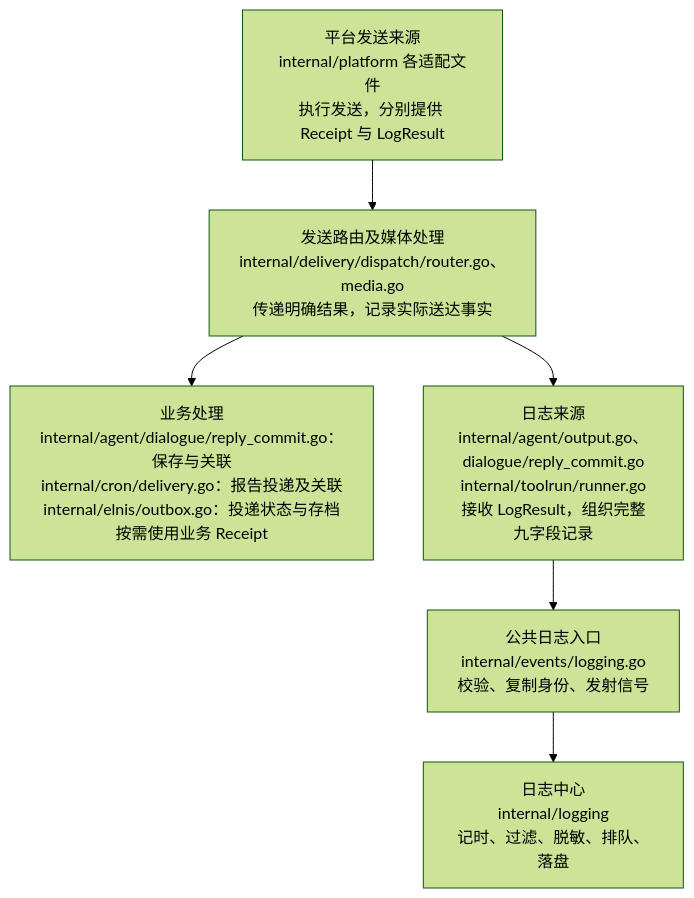
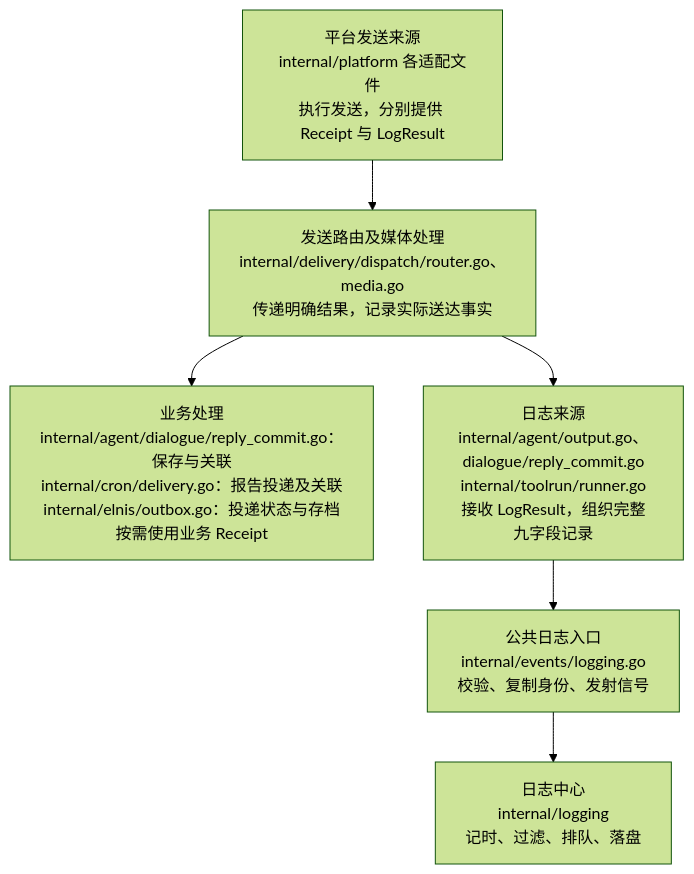
One commit to Elflare/elbot changed the fourth of 6 diagrams in devdocs/architecture.md. Above: the diagram before and after it, drawn with Mermaid (forest theme). The commit also changed other lines of this file and 20 other files, not shown here.

````diff
--- a/devdocs/architecture.md
+++ b/devdocs/architecture.md
@@ -345,8 +345,8 @@
 ```mermaid
 flowchart TD
     A["平台发送来源<br/>internal/platform 各适配文件<br/>执行发送，分别提供 Receipt 与 LogResult"] --> B["发送路由及媒体处理<br/>internal/delivery/dispatch/router.go、media.go<br/>传递明确结果，记录实际送达事实"]
     B --> C["业务处理<br/>internal/agent/dialogue/reply_commit.go：保存与关联<br/>internal/cron/delivery.go：报告投递及关联<br/>internal/elnis/outbox.go：投递状态与存档<br/>按需使用业务 Receipt"]
     B --> D["日志来源<br/>internal/agent/output.go、dialogue/reply_commit.go<br/>internal/toolrun/runner.go<br/>接收 LogResult，组织完整九字段记录"]
     D --> E["公共日志入口<br/>internal/events/logging.go<br/>校验、复制身份、发射信号"]
-    E --> F["日志中心<br/>internal/logging<br/>记时、过滤、脱敏、排队、落盘"]
+    E --> F["日志中心<br/>internal/logging<br/>记时、过滤、排队、落盘"]
 ```
````
